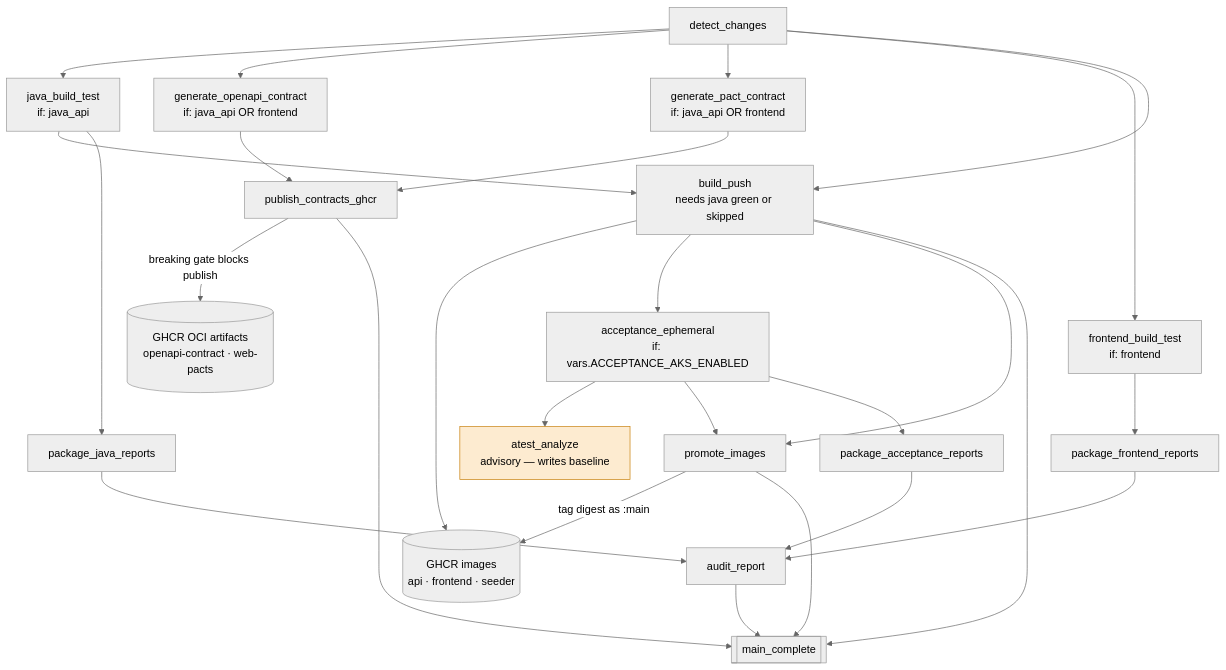
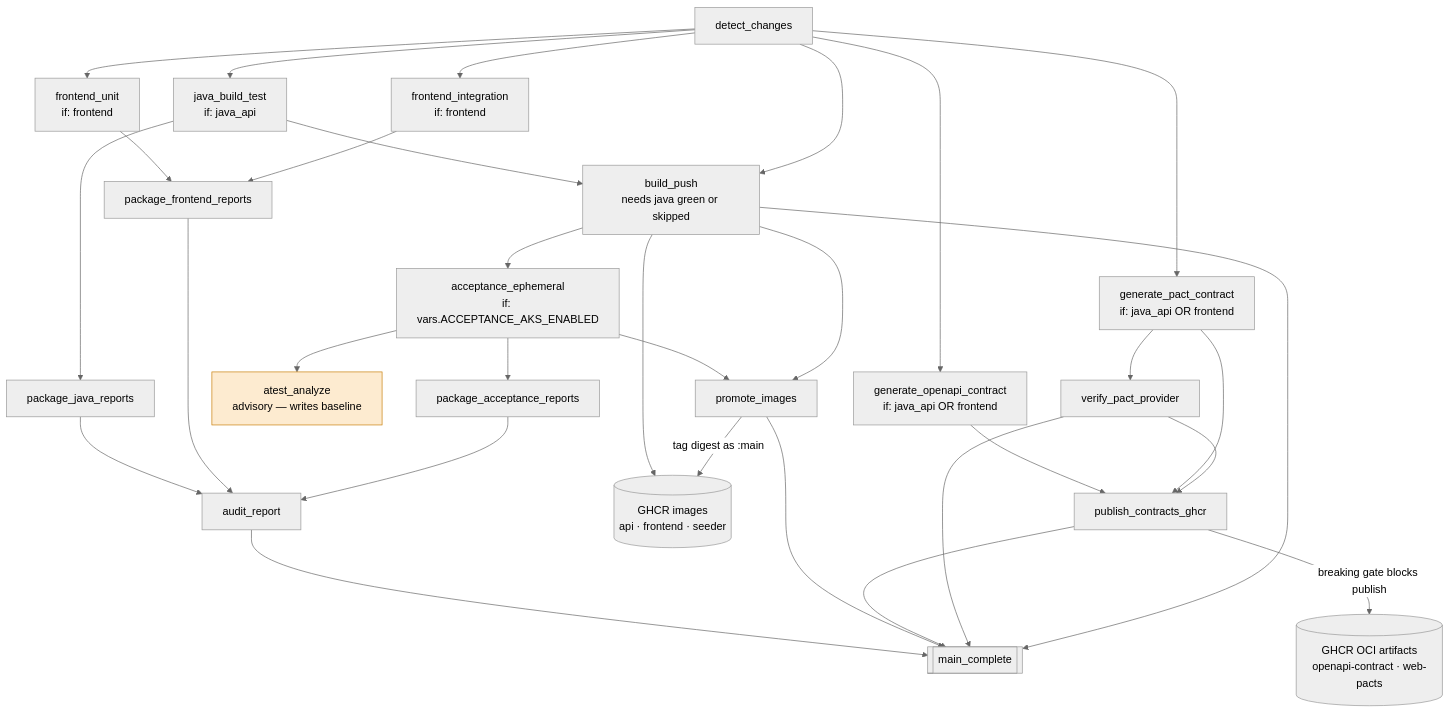
The second of 2 diagrams in docs/ci-cd.md (ianoflynnautomation/bjjeire), drawn with Mermaid (neutral theme) before and after one commit. The commit also changed other lines of this file and 82 other files, not shown here.

````diff
--- a/docs/ci-cd.md
+++ b/docs/ci-cd.md
@@ -136,38 +158,43 @@
 ```mermaid
 flowchart TD
     DC[detect_changes]
 
     DC --> JBT["java_build_test<br>if: java_api"]
     DC --> GOC["generate_openapi_contract<br>if: java_api OR frontend"]
     DC --> GPC["generate_pact_contract<br>if: java_api OR frontend"]
-    DC --> FBT["frontend_build_test<br>if: frontend"]
+    DC --> FU["frontend_unit<br>if: frontend"]
+    DC --> FI["frontend_integration<br>if: frontend"]
 
+    GPC --> VPP[verify_pact_provider]
     GOC --> PCG[publish_contracts_ghcr]
     GPC --> PCG
+    VPP --> PCG
     PCG -->|breaking gate blocks publish| GHCR[(GHCR OCI artifacts<br>openapi-contract · web-pacts)]
 
     JBT --> BP["build_push<br>needs java green or skipped"]
     DC --> BP
     BP --> IMG[(GHCR images<br>api · frontend · seeder)]
 
     BP --> AE["acceptance_ephemeral<br>if: vars.ACCEPTANCE_AKS_ENABLED"]
     AE --> AA["atest_analyze<br>advisory — writes baseline"]
     AE --> PI[promote_images]
     BP --> PI
     PI -->|tag digest as :main| IMG
 
     JBT --> PJR[package_java_reports]
-    FBT --> PFR[package_frontend_reports]
+    FU --> PFR[package_frontend_reports]
+    FI --> PFR
     AE --> PAR[package_acceptance_reports]
     PJR --> AR[audit_report]
     PFR --> AR
     PAR --> AR
 
     AR --> MC[[main_complete]]
     PI --> MC
     PCG --> MC
+    VPP --> MC
     BP --> MC
 
     classDef advisory fill:#FDEBD0,stroke:#C87F0A
     class AA advisory
 ```
````
